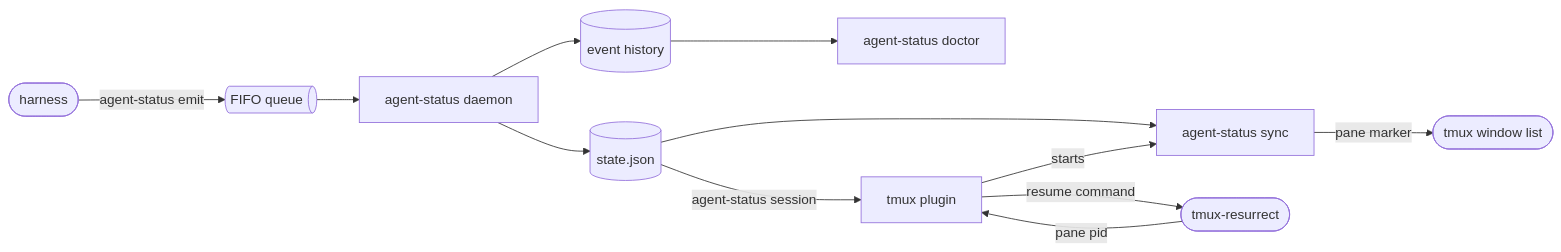
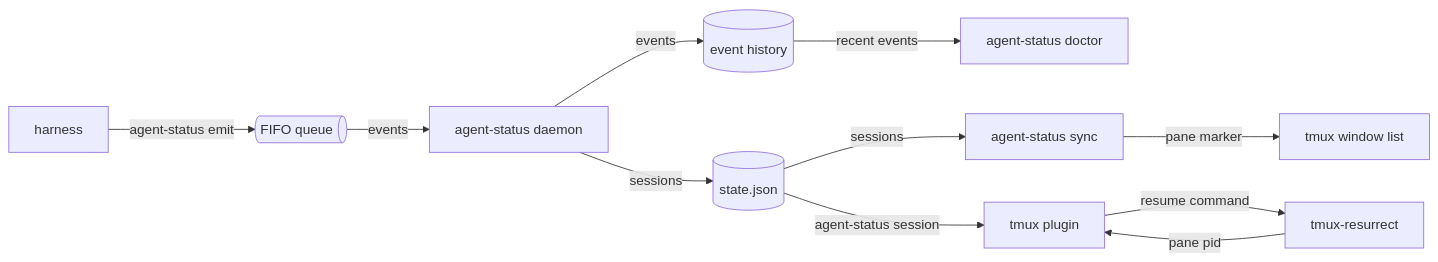
The first of 2 diagrams in docs/systems/agent-status/agent-status-spec.md (jvrsantacruz/agent-status), drawn with Mermaid before and after one commit. The commit also changed other lines of this file, not shown here.

Commit message:
docs: emit exit codes, two more failure modes, a labelled overview diagram

````diff
--- a/docs/systems/agent-status/agent-status-spec.md
+++ b/docs/systems/agent-status/agent-status-spec.md
@@ -14,14 +14,13 @@
 ```mermaid
 flowchart LR
-  agent([harness]) -- agent-status emit --> fifo@{ shape: h-cyl, label: "FIFO queue" }
-  fifo --> daemon[agent-status daemon]
-  daemon --> db[(event history)]
-  db --> doctor[agent-status doctor]
-  daemon --> state[(state.json)]
-  state --> sync[agent-status sync]
-  sync -- pane marker --> tmux([tmux window list])
-  plugin[tmux plugin] -- starts --> sync
-  state -- agent-status session --> plugin
-  resurrect([tmux-resurrect]) -- pane pid --> plugin
+  agent[harness] -- agent-status emit --> fifo@{ shape: h-cyl, label: "FIFO queue" }
+  fifo -- events --> daemon[agent-status daemon]
+  daemon -- events --> db[(event history)]
+  db -- recent events --> doctor[agent-status doctor]
+  daemon -- sessions --> state[(state.json)]
+  state -- sessions --> sync[agent-status sync]
+  sync -- pane marker --> tmux[tmux window list]
+  state -- agent-status session --> plugin[tmux plugin]
+  resurrect[tmux-resurrect] -- pane pid --> plugin
   plugin -- resume command --> resurrect
 ```
````
